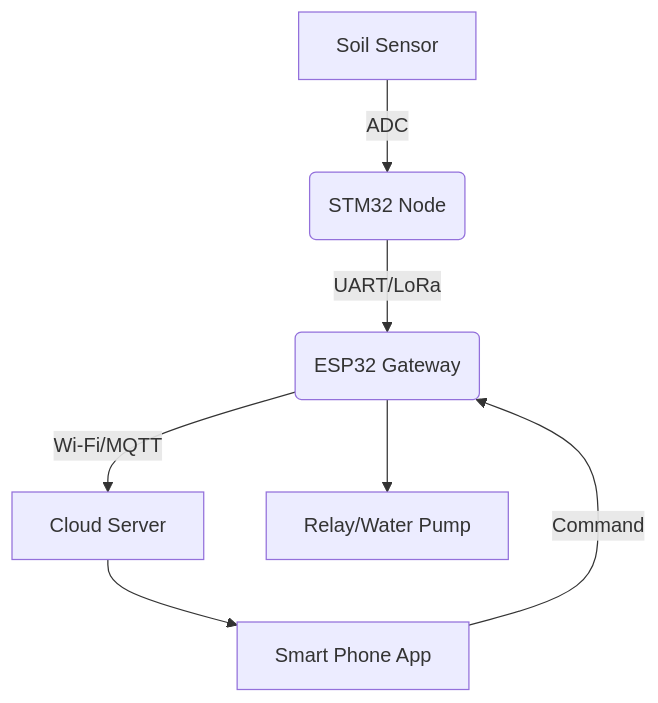
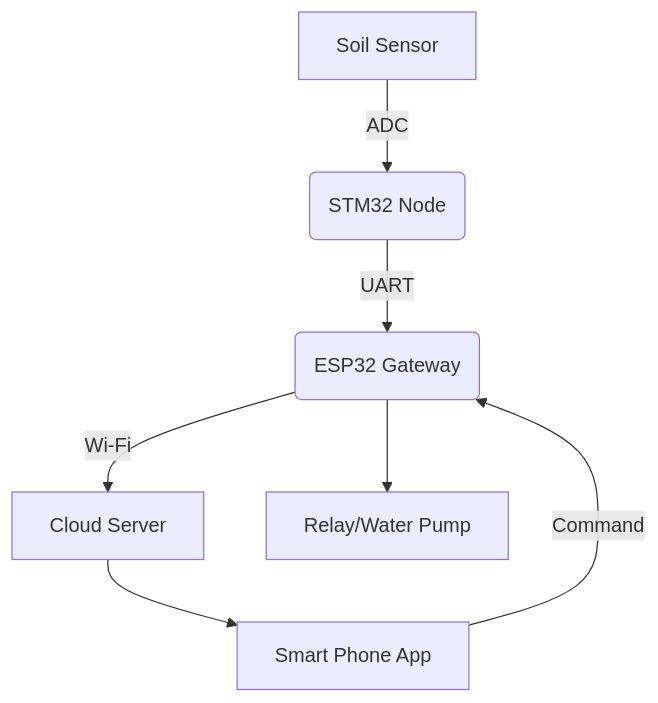
The diagram in README.md (Hieuto0409/Smart-Agri-Mesh), drawn with Mermaid before and after one commit. The commit also changed other lines of this file, not shown here.

````diff
--- a/README.md
+++ b/README.md
@@ -11,9 +11,9 @@
 ```mermaid
 graph TD
     A["Soil Sensor"] -->|ADC| B("STM32 Node")
-    B -->|"UART/LoRa"| C("ESP32 Gateway")
-    C -->|"Wi-Fi/MQTT"| D["Cloud Server"]
+    B -->|"UART"| C("ESP32 Gateway")
+    C -->|"Wi-Fi"| D["Cloud Server"]
     D --> E["Smart Phone App"]
     E -->|Command| C
     C --> F["Relay/Water Pump"]
 ```
````
